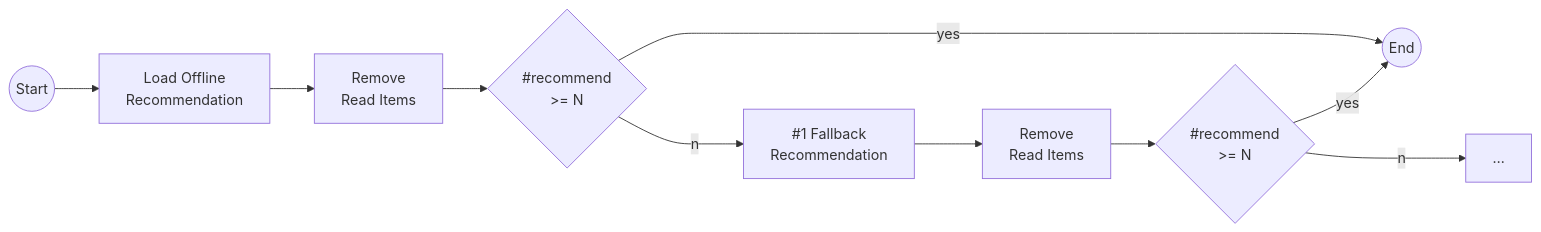
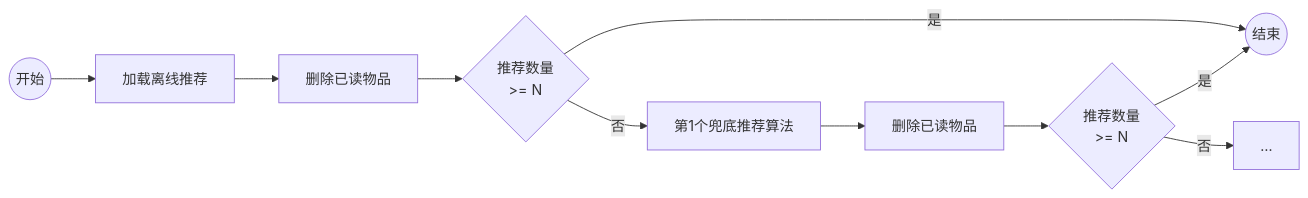
The fourth of 5 diagrams in src/zh/docs/concepts/how-it-works.md (gorse-io/docs), drawn with Mermaid before and after one commit. The commit also changed other lines of this file, not shown here.

````diff
--- a/src/zh/docs/concepts/how-it-works.md
+++ b/src/zh/docs/concepts/how-it-works.md
@@ -198,12 +218,12 @@
 ```mermaid
 flowchart LR
-    start((Start))-->offline[Load Offline\nRecommendation]
-    offline-->remove1[Remove\nRead Items]
-    remove1-->cond1{#recommend\n>= N}
-    cond1--yes-->e((End))
-    cond1--no-->fallback[#1 Fallback\nRecommendation]
-    fallback-->remove2[Remove\nRead Items]
-    remove2-->cond2{#recommend\n>= N}
-    cond2--yes-->e
-    cond2--no-->more["…"]
+    start((开始))-->offline[加载离线推荐]
+    offline-->remove1[删除已读物品]
+    remove1-->cond1{推荐数量\n>= N}
+    cond1--是-->e((结束))
+    cond1--否-->fallback[第1个兜底推荐算法]
+    fallback-->remove2[删除已读物品]
+    remove2-->cond2{推荐数量\n>= N}
+    cond2--是-->e
+    cond2--否-->more["…"]
 ```
````
